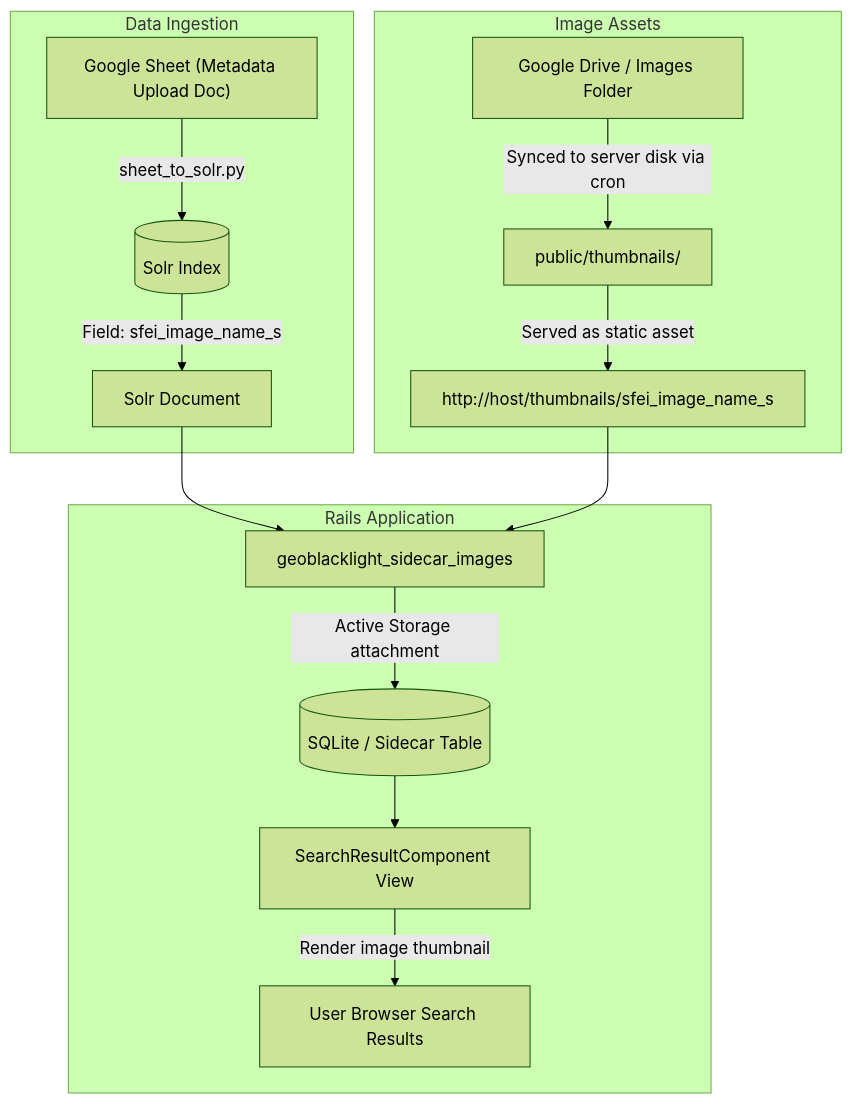
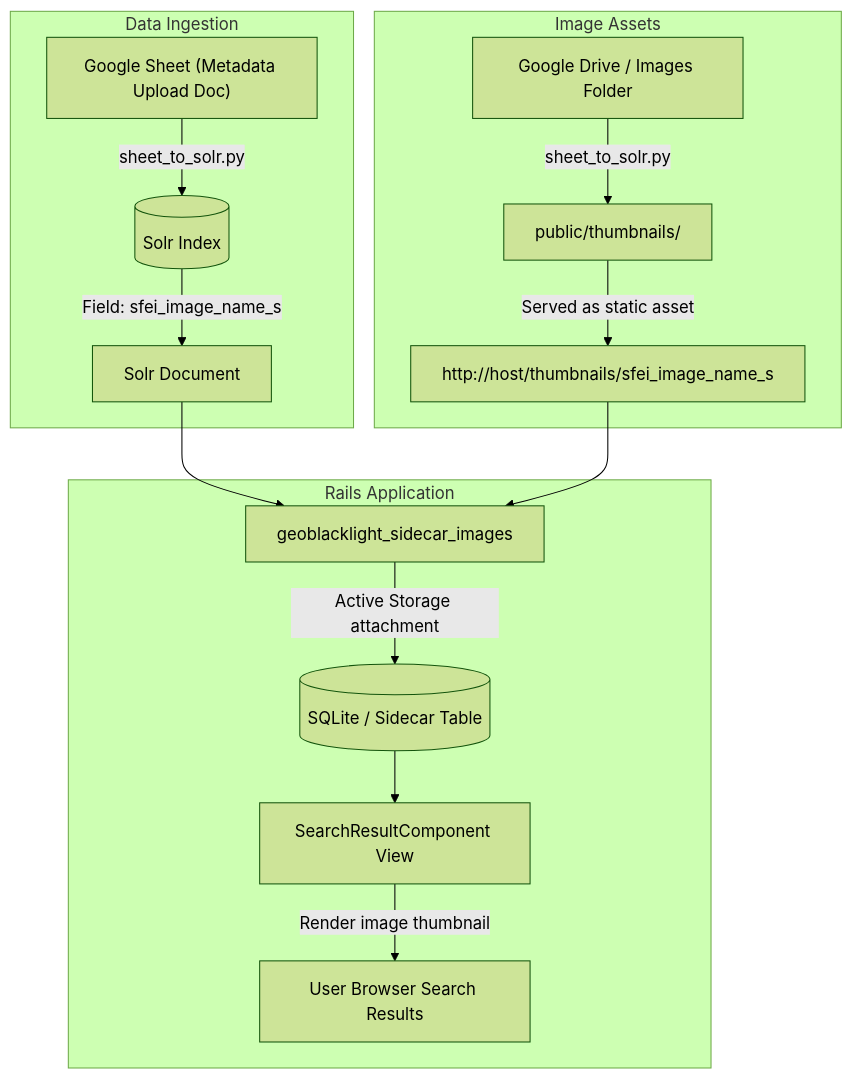
The diagram in docs/specs/sidecar-images-spec.md (noorsheikh2/SFEI-GeoBlacklight-Internal), drawn with Mermaid (forest theme) before and after one commit. The commit also changed other lines of this file, not shown here.

````diff
--- a/docs/specs/sidecar-images-spec.md
+++ b/docs/specs/sidecar-images-spec.md
@@ -53,20 +54,20 @@
 ```mermaid
 flowchart TD
     subgraph Data Ingestion
         A["Google Sheet (Metadata Upload Doc)"] -->|sheet_to_solr.py| B[(Solr Index)]
         B -->|Field: sfei_image_name_s| C[Solr Document]
     end
 
     subgraph Image Assets
-        IMG["Google Drive / Images Folder"] -->|Synced to server disk via cron| DIR[public/thumbnails/]
+        IMG["Google Drive / Images Folder"] --> |sheet_to_solr.py| DIR[public/thumbnails/]
         DIR -->|Served as static asset| URL["http://host/thumbnails/sfei_image_name_s"]
     end
 
     subgraph Rails Application
         C --> D[geoblacklight_sidecar_images]
         URL --> D
         D -->|Active Storage attachment| DB[(SQLite / Sidecar Table)]
         DB --> E[SearchResultComponent View]
         E -->|Render image thumbnail| UI[User Browser Search Results]
     end
 ```
````
